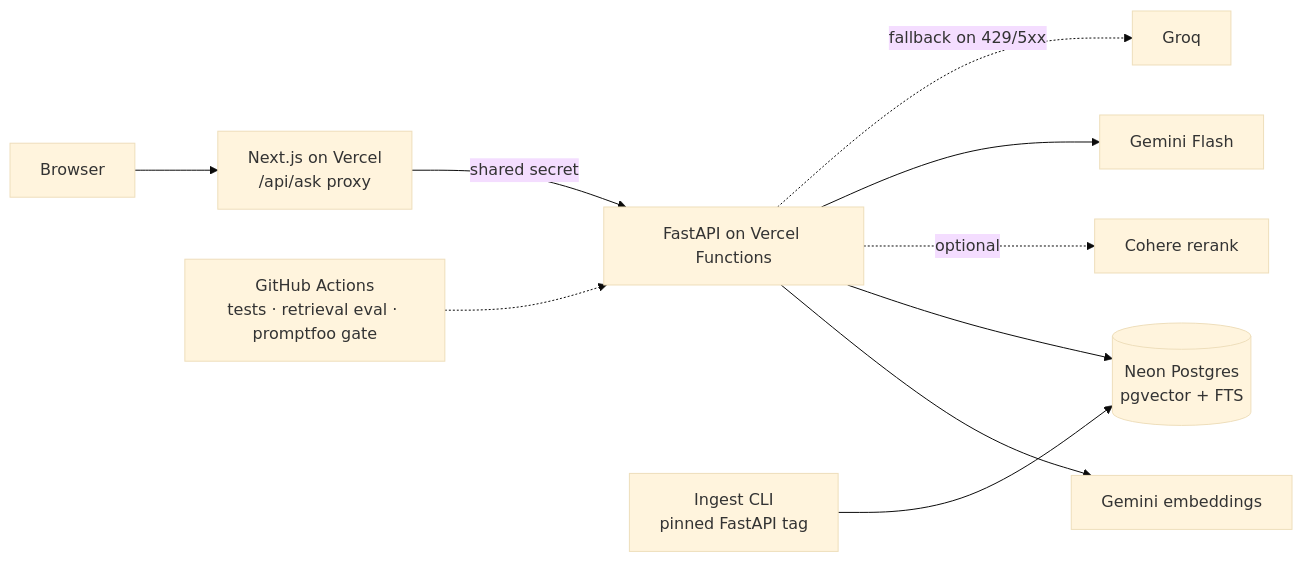
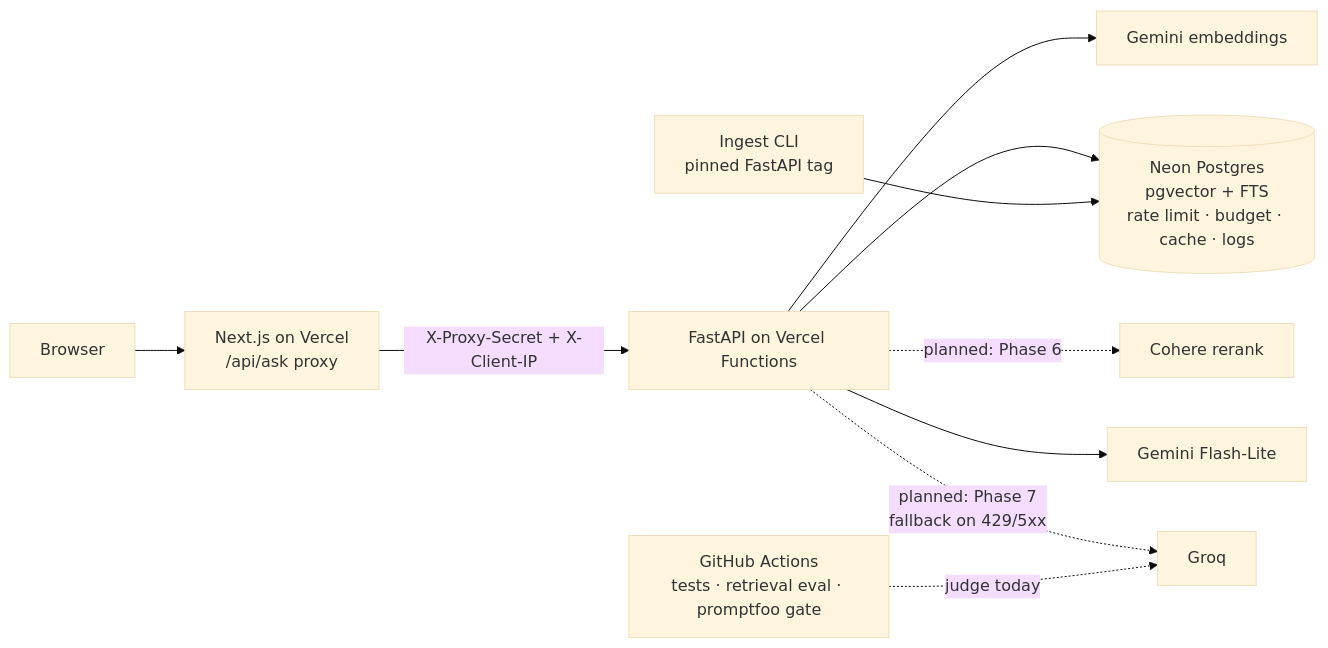
The diagram in README.md (Niksa1101/grounded), drawn with Mermaid (base theme) before and after one commit. The commit also changed other lines of this file and 6 other files, not shown here.

````diff
--- a/README.md
+++ b/README.md
@@ -37,12 +59,12 @@
 ```mermaid
 flowchart LR
     U[Browser] --> FE[Next.js on Vercel<br/>/api/ask proxy]
-    FE -- shared secret --> API[FastAPI on Vercel Functions]
+    FE -- "X-Proxy-Secret + X-Client-IP" --> API[FastAPI on Vercel Functions]
     API --> EMB[Gemini embeddings]
-    API --> DB[(Neon Postgres<br/>pgvector + FTS)]
-    API -. optional .-> RR[Cohere rerank]
-    API --> LLM[Gemini Flash]
-    API -. "fallback on 429/5xx" .-> LLM2[Groq]
+    API --> DB[(Neon Postgres<br/>pgvector + FTS<br/>rate limit · budget · cache · logs)]
+    API -. "planned: Phase 6" .-> RR[Cohere rerank]
+    API --> LLM[Gemini Flash-Lite]
+    API -. "planned: Phase 7<br/>fallback on 429/5xx" .-> LLM2[Groq]
     ING[Ingest CLI<br/>pinned FastAPI tag] --> DB
-    CI[GitHub Actions<br/>tests · retrieval eval · promptfoo gate] -.-> API
+    CI[GitHub Actions<br/>tests · retrieval eval · promptfoo gate] -. "judge today" .-> LLM2
 ```
````
